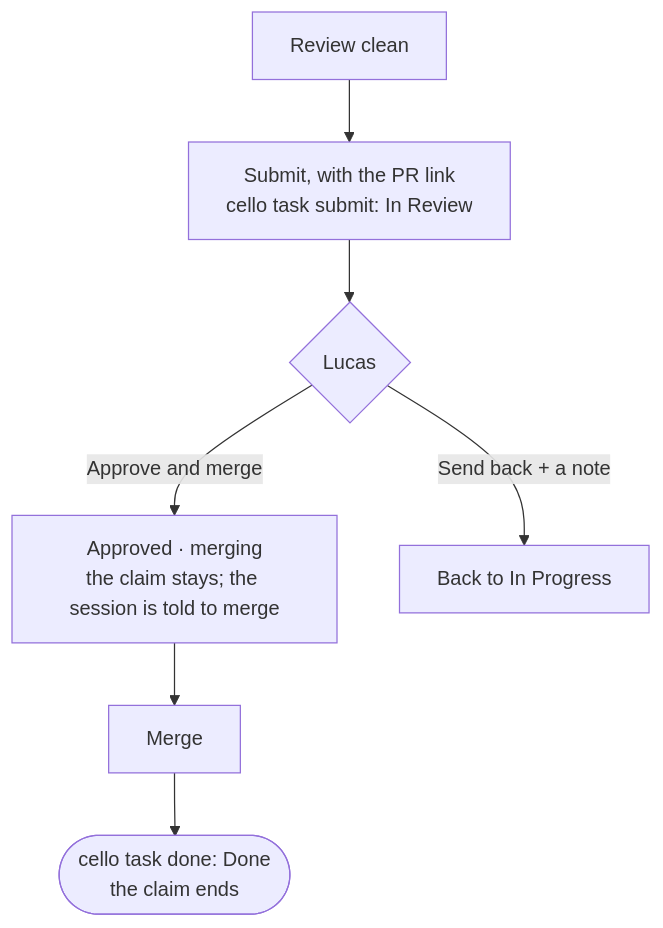
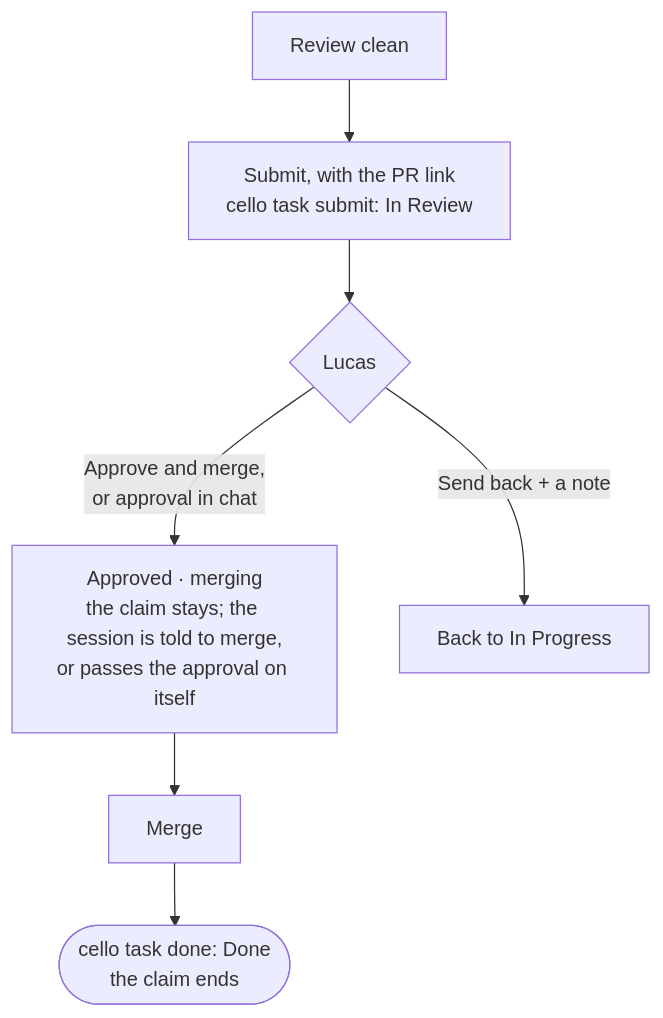
The fifth of 5 diagrams in docs/feature-lifecycle.md (lnmunhoz/cello), drawn with Mermaid before and after one commit. The commit also changed other lines of this file and 11 other files, not shown here.

Commit message:
feat(cli): cello task approve --quote relays the human's approval from chat; docs, AGENTS.md snippet and plugin say how (CEL-169)

````diff
--- a/docs/feature-lifecycle.md
+++ b/docs/feature-lifecycle.md
@@ -173,9 +173,9 @@
 ```mermaid
 flowchart TD
     A["Review clean"] --> B["Submit, with the PR link<br/>cello task submit: In Review"]
     B --> C{"Lucas"}
-    C -->|"Approve and merge"| D["Approved · merging<br/>the claim stays; the session is told to merge"]
+    C -->|"Approve and merge,<br/>or approval in chat"| D["Approved · merging<br/>the claim stays; the session is told to merge,<br/>or passes the approval on itself"]
     D --> E["Merge"]
     E --> F(["cello task done: Done<br/>the claim ends"])
     C -->|"Send back + a note"| G["Back to In Progress"]
 ```
````
